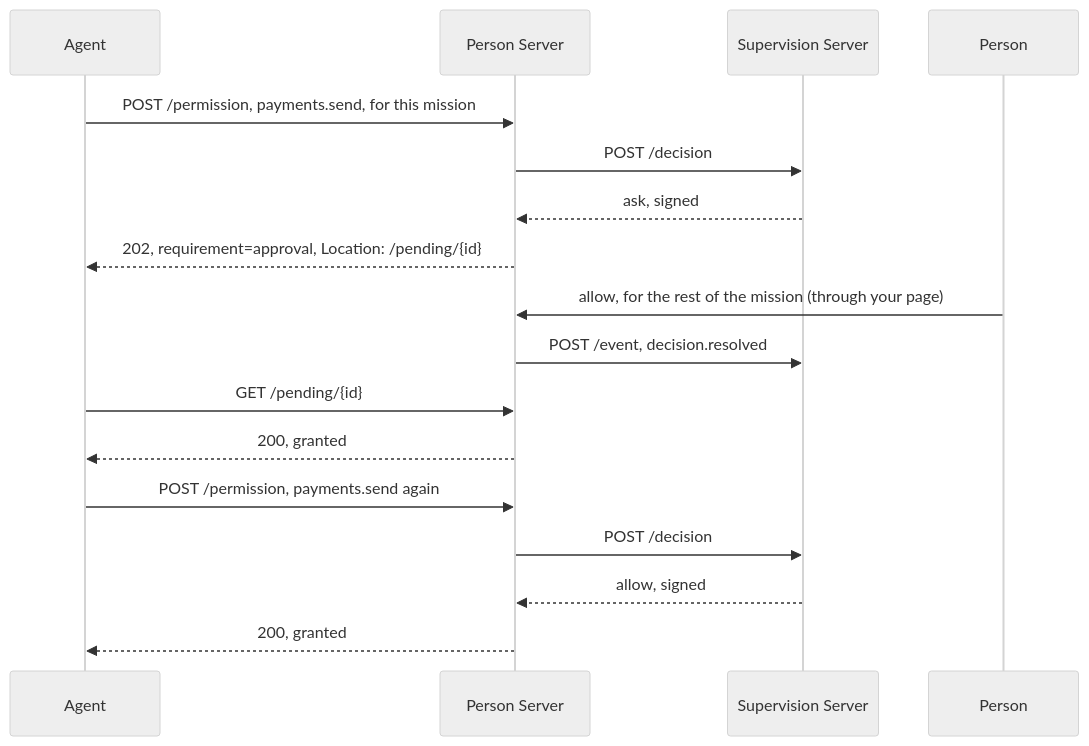
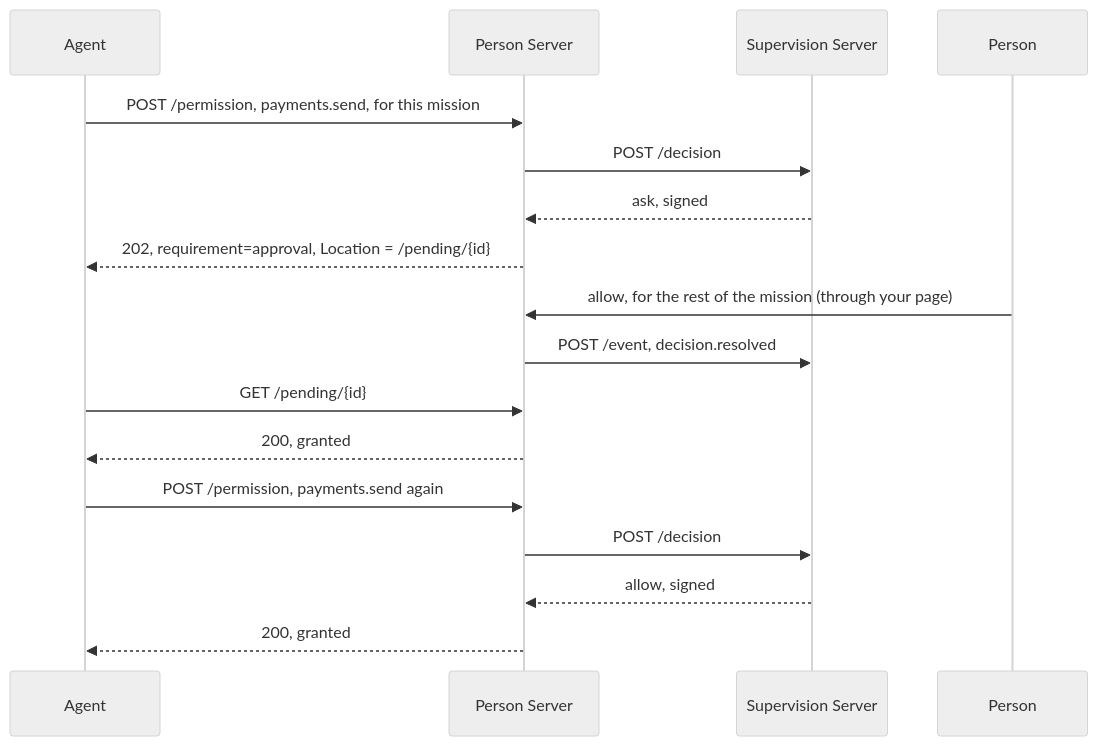
One commit to sidecat-dev/aauth-go changed the diagram in docs/features/supervision.md. Above: the diagram before and after it, drawn with Mermaid (neutral theme). The commit also changed 14 other files, not shown here.

First line of the commit message:
docs: make every mermaid diagram render on GitLab

````diff
--- a/docs/features/supervision.md
+++ b/docs/features/supervision.md
@@ -28,19 +28,19 @@
 ```mermaid
 sequenceDiagram
     participant Agent
     participant PS as Person Server
     participant SS as Supervision Server
     participant Person
-    Agent->>PS: POST /permission, payments.send, for this mission
-    PS->>SS: POST /decision
-    SS-->>PS: ask, signed
-    PS-->>Agent: 202, requirement=approval, Location: /pending/{id}
-    Person->>PS: allow, for the rest of the mission (through your page)
-    PS->>SS: POST /event, decision.resolved
-    Agent->>PS: GET /pending/{id}
-    PS-->>Agent: 200, granted
-    Agent->>PS: POST /permission, payments.send again
-    PS->>SS: POST /decision
-    SS-->>PS: allow, signed
-    PS-->>Agent: 200, granted
+    Agent->>PS : POST /permission, payments.send, for this mission
+    PS->>SS : POST /decision
+    SS-->>PS : ask, signed
+    PS-->>Agent : 202, requirement=approval, Location = /pending/{id}
+    Person->>PS : allow, for the rest of the mission (through your page)
+    PS->>SS : POST /event, decision.resolved
+    Agent->>PS : GET /pending/{id}
+    PS-->>Agent : 200, granted
+    Agent->>PS : POST /permission, payments.send again
+    PS->>SS : POST /decision
+    SS-->>PS : allow, signed
+    PS-->>Agent : 200, granted
 ```
````
